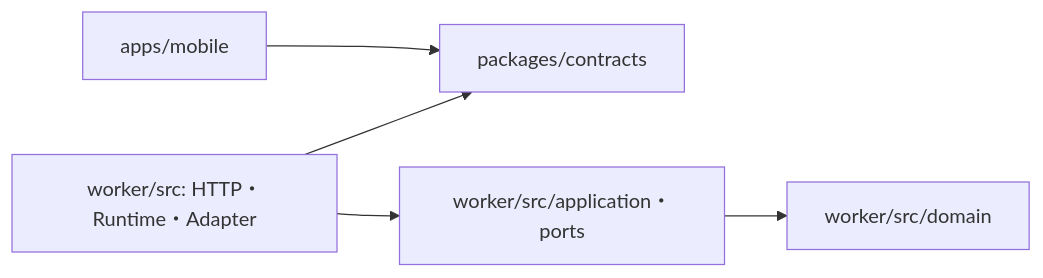
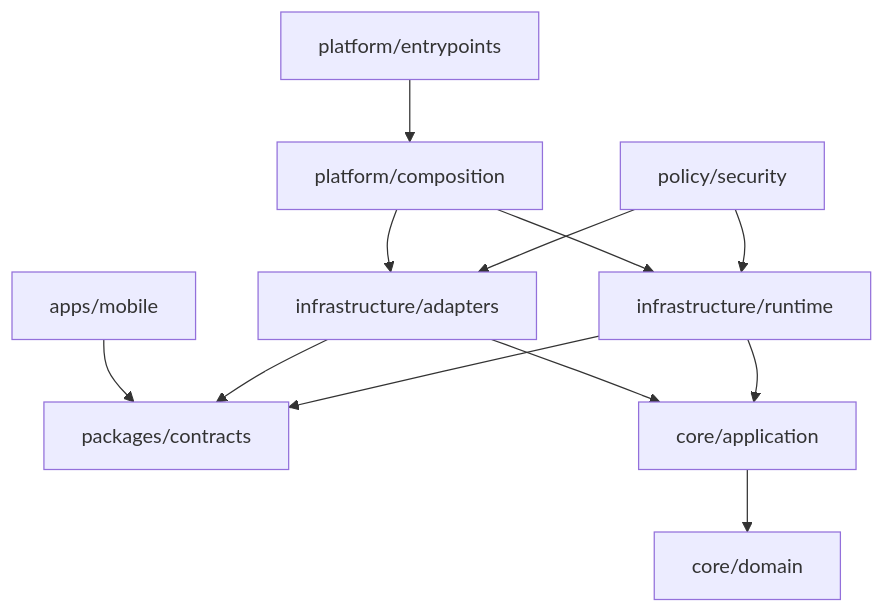
Before and after one commit to takapom/ima-app: the first of 2 diagrams in docs/architecture/architecture.md, drawn with Mermaid. The commit also changed other lines of this file and 8 other files, not shown here.

````diff
--- a/docs/architecture/architecture.md
+++ b/docs/architecture/architecture.md
@@ -7,7 +7,15 @@
 ```mermaid
-flowchart LR
+flowchart TB
   Mobile[apps/mobile] --> Contracts[packages/contracts]
-  Worker[worker/src: HTTP・Runtime・Adapter] --> Contracts
-  Worker --> Application[worker/src/application・ports]
-  Application --> Domain[worker/src/domain]
+  Domain[core/domain]
+  Application[core/application]
+  Runtime[infrastructure/runtime]
+  Adapters[infrastructure/adapters]
+  Composition[platform/composition]
+  Entrypoints[platform/entrypoints]
+  Policy[policy/security]
+  Entrypoints --> Composition --> Adapters --> Application --> Domain
+  Composition --> Runtime --> Application
+  Adapters & Runtime --> Contracts
+  Policy --> Adapters & Runtime
 ```
````
